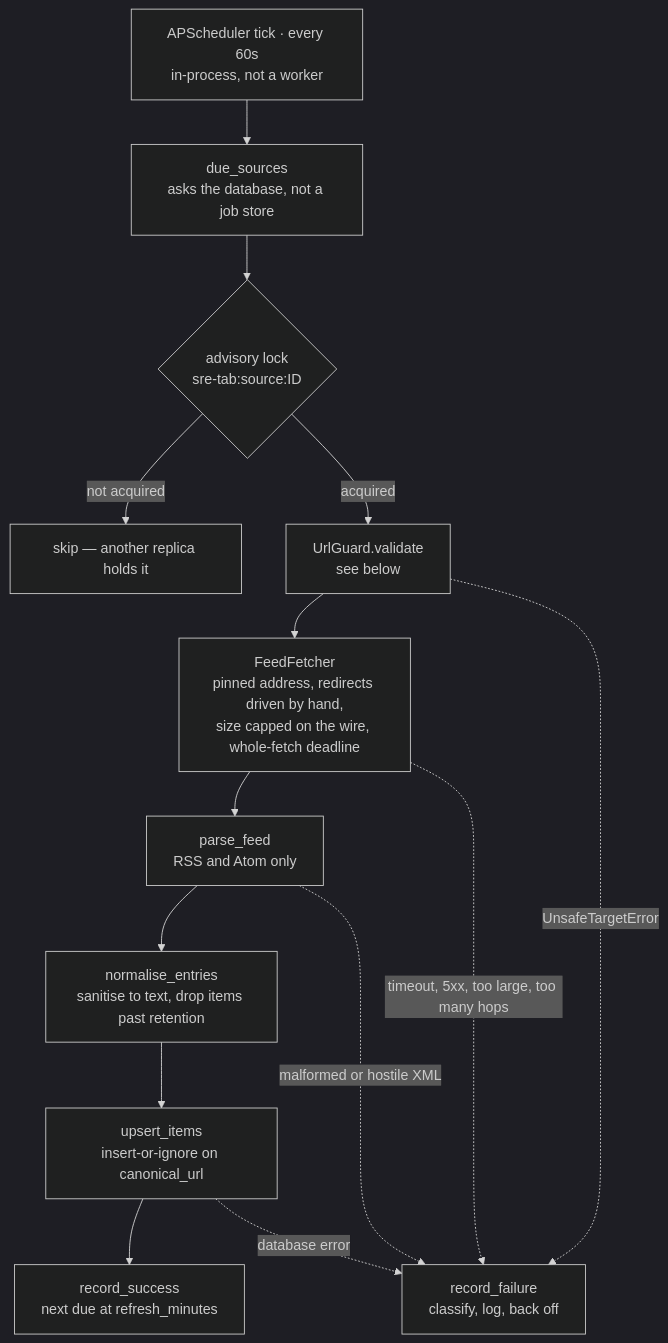
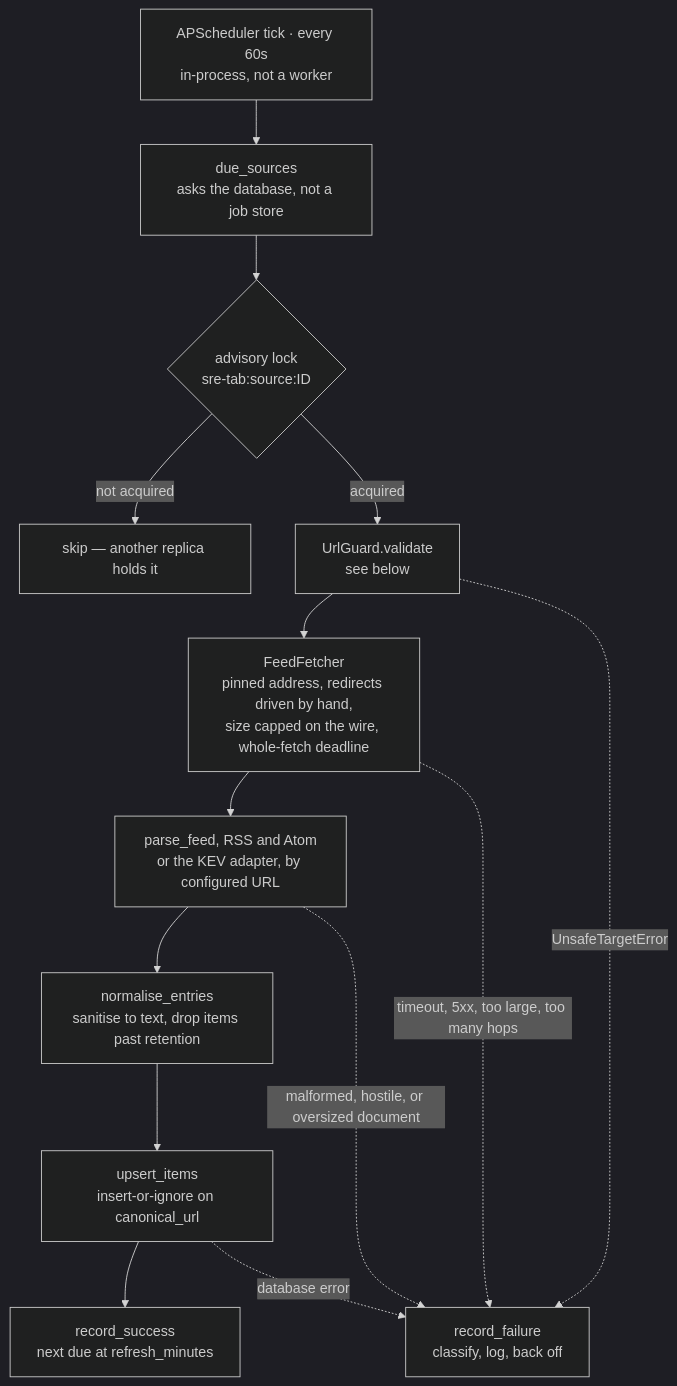
One commit to Darkflib/sre-tab changed the fifth of 9 diagrams in ARCHITECTURE.md. Above: the diagram before and after it, drawn with Mermaid (dark theme). The commit also changed other lines of this file and 18 other files, not shown here.

````diff
--- a/ARCHITECTURE.md
+++ b/ARCHITECTURE.md
@@ -342,26 +342,26 @@
 ```mermaid
 flowchart TB
     tick["APScheduler tick · every 60s<br/>in-process, not a worker"]
     due["due_sources<br/>asks the database, not a job store"]
     lock{"advisory lock<br/>sre-tab:source:ID"}
     skip["skip — another replica holds it"]
 
     guard["UrlGuard.validate<br/>see below"]
     fetch["FeedFetcher<br/>pinned address, redirects driven by hand,<br/>size capped on the wire, whole-fetch deadline"]
-    parse["parse_feed<br/>RSS and Atom only"]
+    parse["parse_feed, RSS and Atom<br/>or the KEV adapter, by configured URL"]
     norm["normalise_entries<br/>sanitise to text, drop items past retention"]
     store["upsert_items<br/>insert-or-ignore on canonical_url"]
 
     ok["record_success<br/>next due at refresh_minutes"]
     fail["record_failure<br/>classify, log, back off"]
 
     tick --> due
     due --> lock
     lock -->|"not acquired"| skip
     lock -->|"acquired"| guard
     guard --> fetch --> parse --> norm --> store --> ok
     guard -.->|"UnsafeTargetError"| fail
     fetch -.->|"timeout, 5xx, too large, too many hops"| fail
-    parse -.->|"malformed or hostile XML"| fail
+    parse -.->|"malformed, hostile, or oversized document"| fail
     store -.->|"database error"| fail
 ```
````
